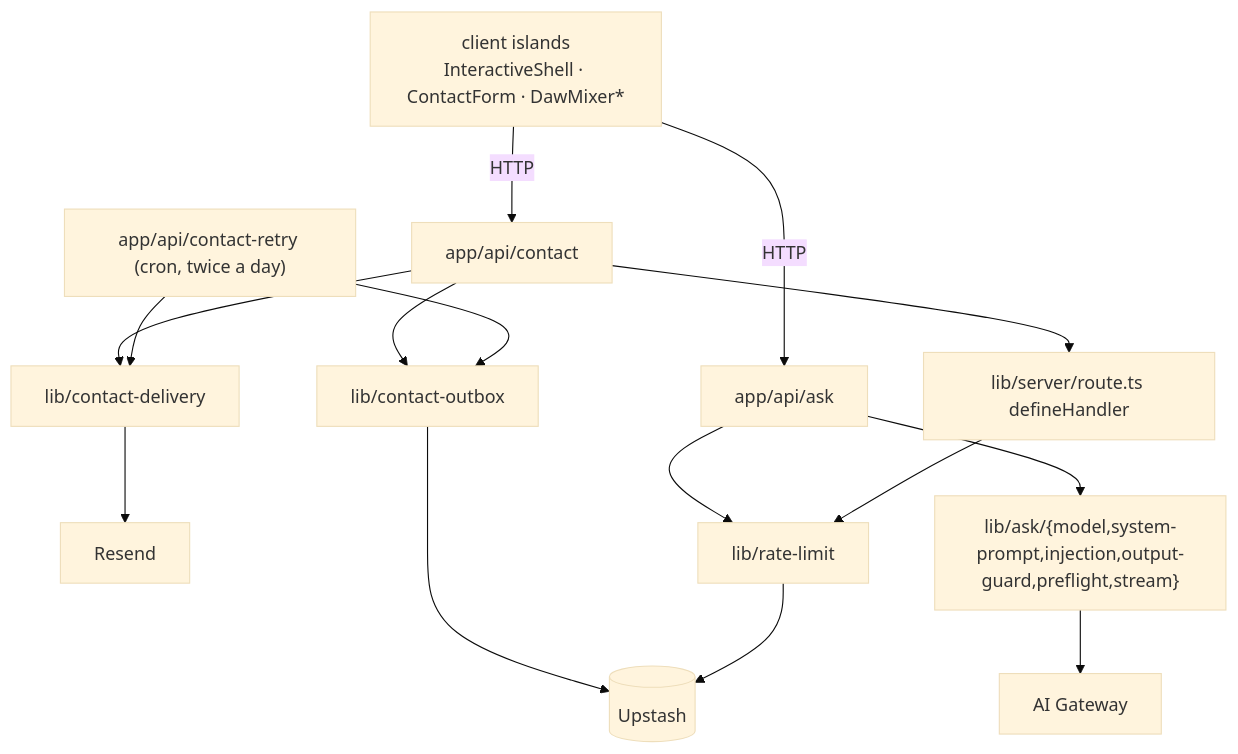
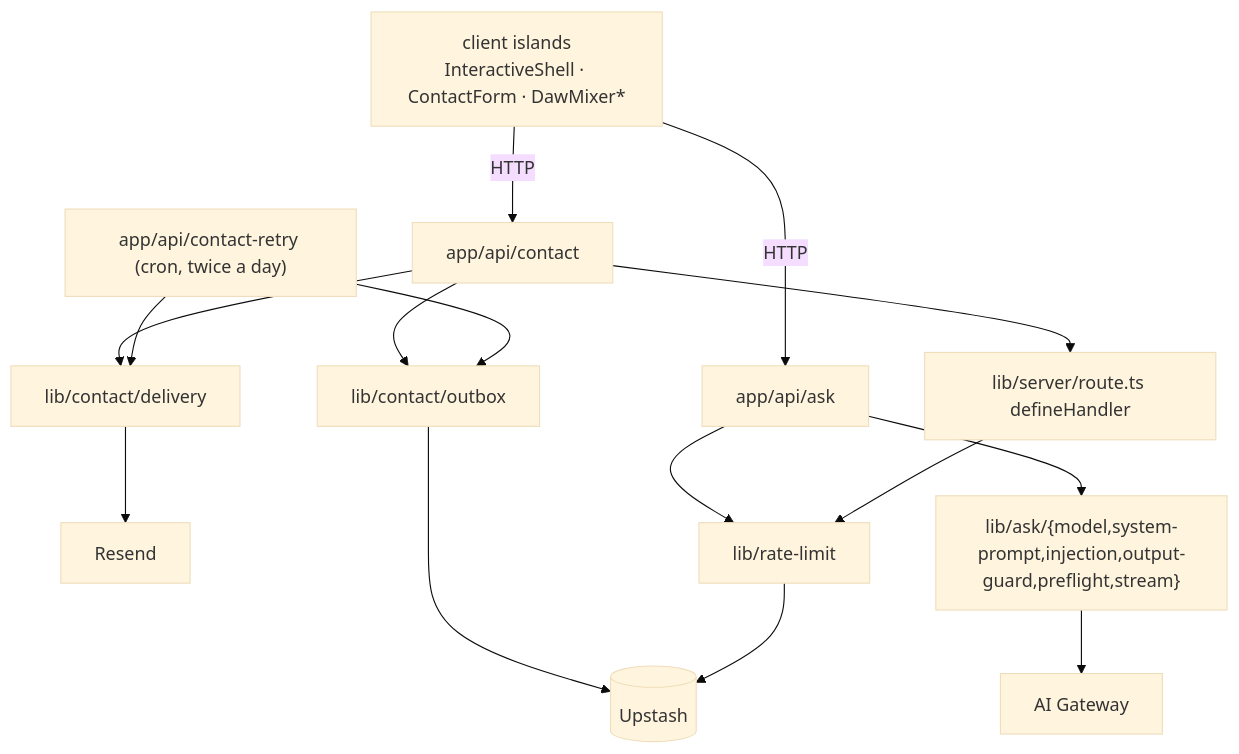
Before and after one commit to erikunha/portfolio: the seventh of 7 diagrams in docs/01-architecture.md, drawn with Mermaid (base theme). The commit also changed other lines of this file and 15 other files, not shown here.

````diff
--- a/docs/01-architecture.md
+++ b/docs/01-architecture.md
@@ -146,17 +146,17 @@
 ```mermaid
 flowchart TD
     island["client islands<br/>InteractiveShell · ContactForm · DawMixer*"] -->|HTTP| apiask["app/api/ask"]
     island -->|HTTP| apicontact["app/api/contact"]
     apicontact --> defh["lib/server/route.ts defineHandler"]
-    apicontact --> delivery["lib/contact-delivery"]
-    apicontact --> outbox["lib/contact-outbox"]
+    apicontact --> delivery["lib/contact/delivery"]
+    apicontact --> outbox["lib/contact/outbox"]
     retry["app/api/contact-retry (cron, twice a day)"] --> delivery
     retry --> outbox
     outbox --> redis
     delivery --> resend["Resend"]
     apiask --> rl["lib/rate-limit"]
     apiask --> askmod["lib/ask/{model,system-prompt,injection,output-guard,preflight,stream}"]
     defh --> rl
     rl --> redis[("Upstash")]
     askmod --> gw["AI Gateway"]
 ```
````
